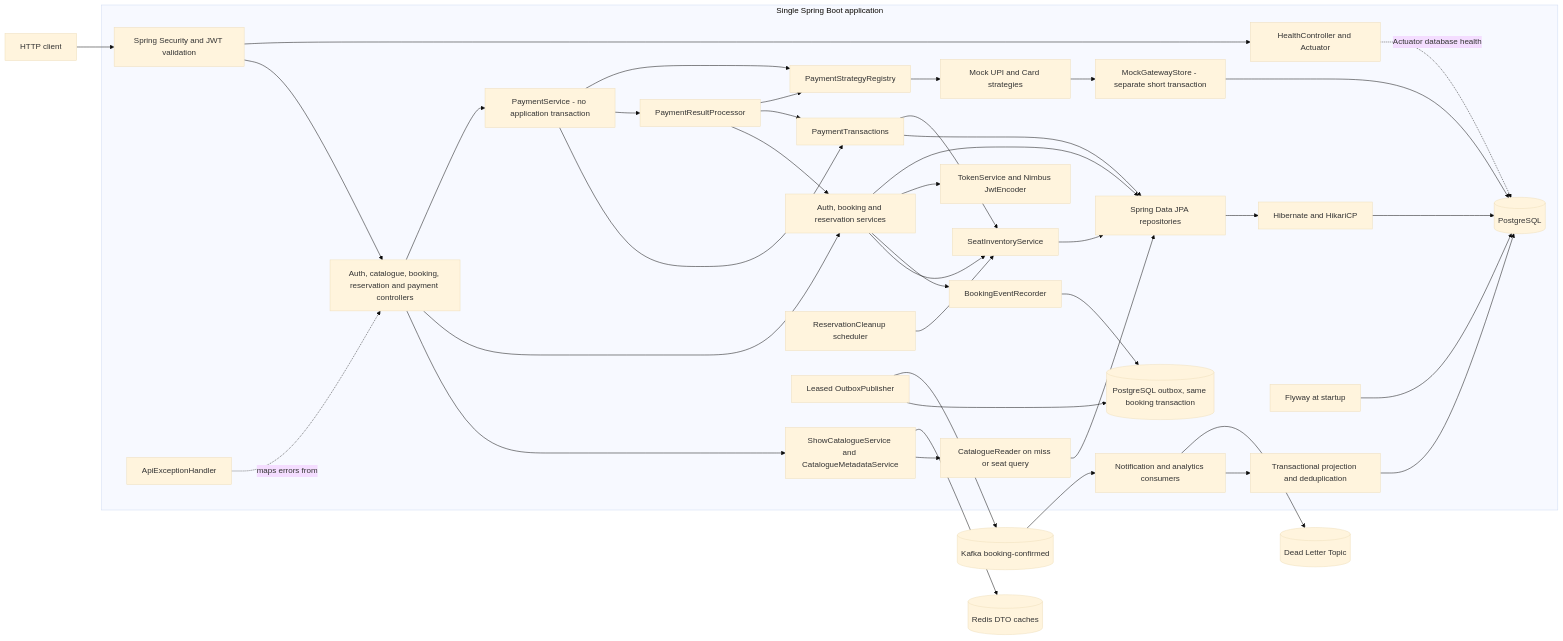
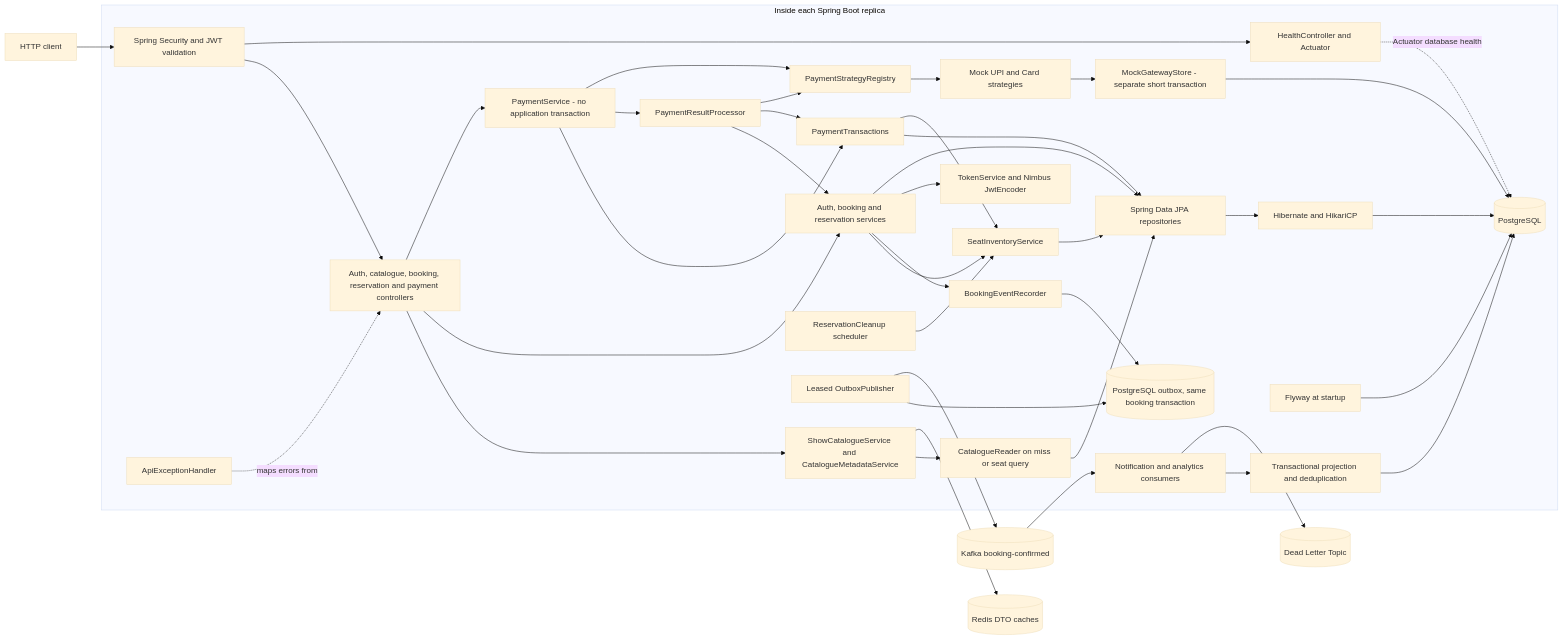
One commit to Avnish666/Tbooker changed the first of 4 diagrams in docs/HLD.md. Above: the diagram before and after it, drawn with Mermaid (base theme). The commit also changed other lines of this file and 28 other files, not shown here.

````diff
--- a/docs/HLD.md
+++ b/docs/HLD.md
@@ -38,45 +42,45 @@
 ```mermaid
 flowchart LR
     Client[HTTP client] --> Security[Spring Security and JWT validation]
-    subgraph App[Single Spring Boot application]
+    subgraph App[Inside each Spring Boot replica]
         Security --> Controllers[Auth, catalogue, booking, reservation and payment controllers]
         Controllers --> Catalogue[ShowCatalogueService and CatalogueMetadataService]
         Catalogue --> Reader[CatalogueReader on miss or seat query]
         Reader --> Repositories
         Controllers --> Services[Auth, booking and reservation services]
         Controllers --> Payments[PaymentService - no application transaction]
         Payments --> Tx[PaymentTransactions]
         Payments --> Processor[PaymentResultProcessor]
         Processor --> Services
         Processor --> Tx
         Payments --> Registry[PaymentStrategyRegistry]
         Processor --> Registry
         Registry --> Strategies[Mock UPI and Card strategies]
         Strategies --> Mock[MockGatewayStore - separate short transaction]
         Tx --> Repositories
         Tx --> Inventory
         Services --> Inventory[SeatInventoryService]
         Cleanup[ReservationCleanup scheduler] --> Inventory
         Inventory --> Repositories
         Services --> Recorder[BookingEventRecorder]
         Recorder --> Outbox[(PostgreSQL outbox, same booking transaction)]
         Publisher[Leased OutboxPublisher] --> Outbox
         Consumers[Notification and analytics consumers] --> ProjectionTx[Transactional projection and deduplication]
         ProjectionTx --> DB
         Services --> Tokens[TokenService and Nimbus JwtEncoder]
         Services --> Repositories[Spring Data JPA repositories]
         Repositories --> Persistence[Hibernate and HikariCP]
         Advice[ApiExceptionHandler] -. maps errors from .-> Controllers
         Health[HealthController and Actuator]
         Flyway[Flyway at startup]
     end
     Security --> Health
     Catalogue --> Redis[(Redis DTO caches)]
     Publisher --> Kafka[(Kafka booking-confirmed)]
     Kafka --> Consumers
     Consumers --> DLT[(Dead Letter Topic)]
     Persistence --> DB[(PostgreSQL)]
     Mock --> DB
     Flyway --> DB
     Health -. Actuator database health .-> DB
 ```
````
